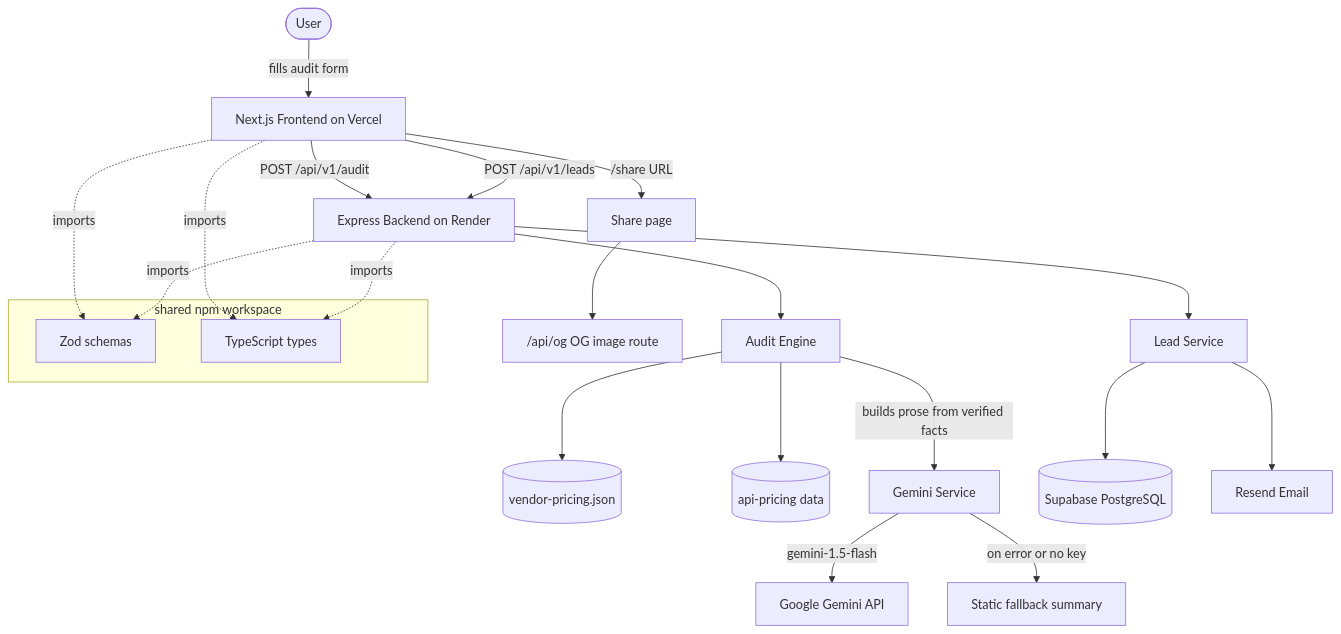
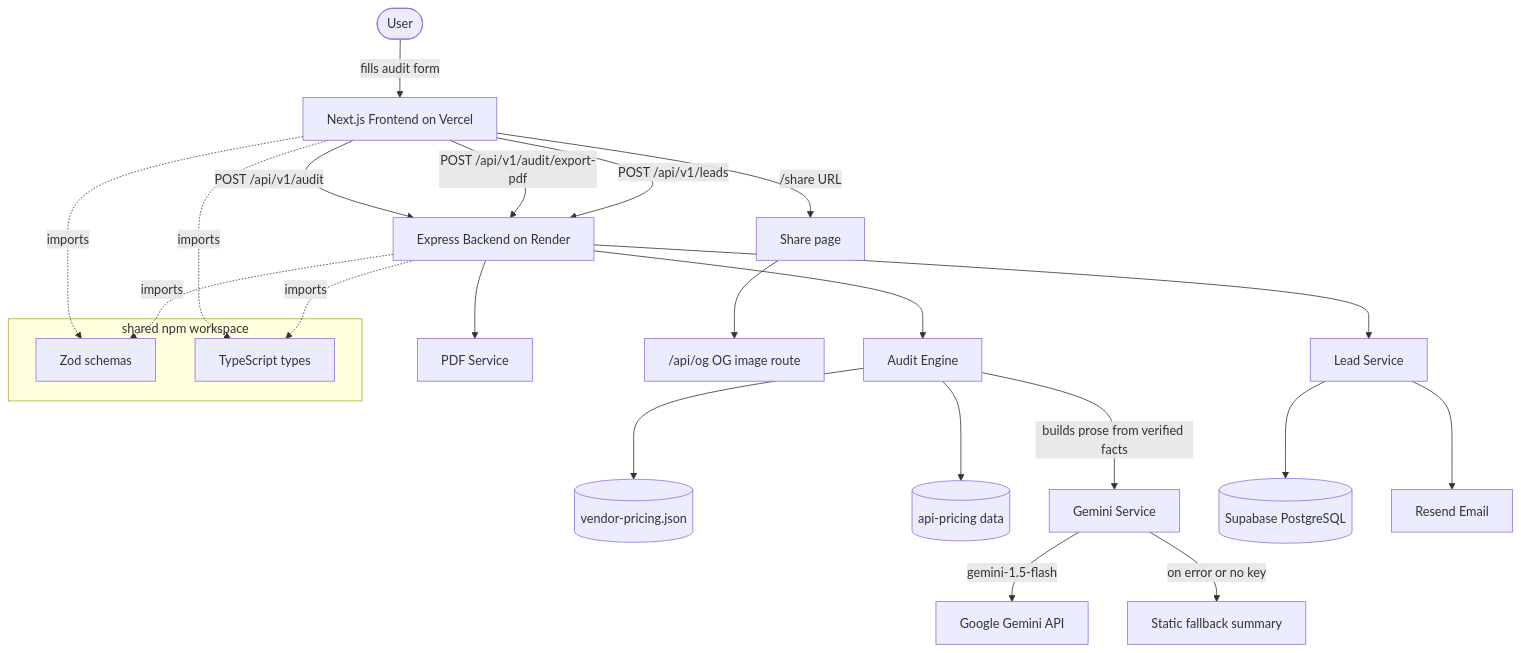
Before and after one commit to steverogersX/SpendSmart: the first of 2 diagrams in ARCHITECTURE.md, drawn with Mermaid. The commit also changed other lines of this file and 5 other files, not shown here.

````diff
--- a/ARCHITECTURE.md
+++ b/ARCHITECTURE.md
@@ -5,32 +5,34 @@
 ```mermaid
 graph TD
     User([User]) -->|fills audit form| FE[Next.js Frontend on Vercel]
 
     FE -->|POST /api/v1/audit| BE[Express Backend on Render]
+    FE -->|POST /api/v1/audit/export-pdf| BE
     FE -->|POST /api/v1/leads| BE
 
     BE --> AE[Audit Engine]
     BE --> LS[Lead Service]
+    BE --> PS[PDF Service]
 
     AE --> PD[(vendor-pricing.json)]
     AE --> APD[(api-pricing data)]
     AE -->|builds prose from verified facts| GS[Gemini Service]
     GS -->|gemini-1.5-flash| GA[Google Gemini API]
     GS -->|on error or no key| FB[Static fallback summary]
 
     LS --> DB[(Supabase PostgreSQL)]
     LS --> EM[Resend Email]
 
     FE -->|/share URL| SP[Share page]
     SP --> OG["/api/og OG image route"]
 
     subgraph shared ["shared npm workspace"]
         ZS[Zod schemas]
         TY[TypeScript types]
     end
 
     FE -.->|imports| ZS
     BE -.->|imports| ZS
     FE -.->|imports| TY
     BE -.->|imports| TY
 ```
````
